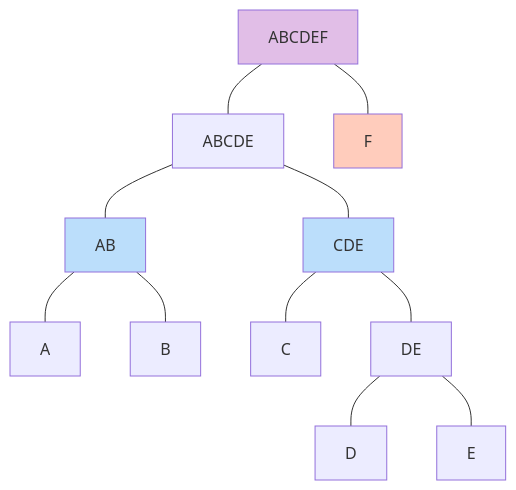
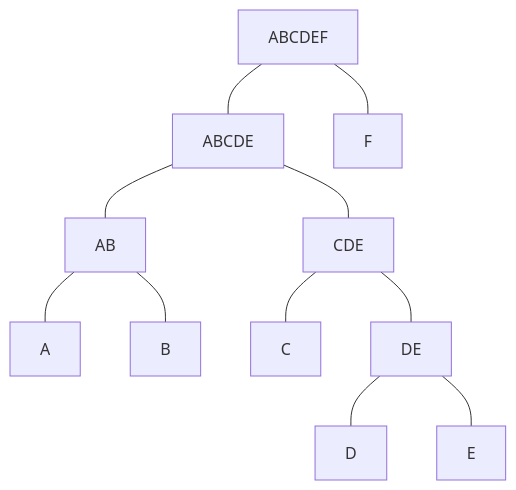
Before and after one commit to antonprafanto/dasarAI2026: the fourth of 7 diagrams in bab-07-clustering.md, drawn with Mermaid. The commit also changed other lines of this file and 8 other files, not shown here.

Commit message:
Fix: Remove custom Mermaid styling for better dark mode visibility

````diff
--- a/bab-07-clustering.md
+++ b/bab-07-clustering.md
@@ -273,22 +267,17 @@
 ```mermaid
 graph TD
     ABCDEF --- ABCDE
     ABCDEF --- F
 
     ABCDE --- AB
     ABCDE --- CDE
 
     AB --- A
     AB --- B
 
     CDE --- C
     CDE --- DE
 
     DE --- D
     DE --- E
-
-    style ABCDEF fill:#e1bee7
-    style AB fill:#bbdefb
-    style CDE fill:#bbdefb
-    style F fill:#ffccbc
 ```
````
